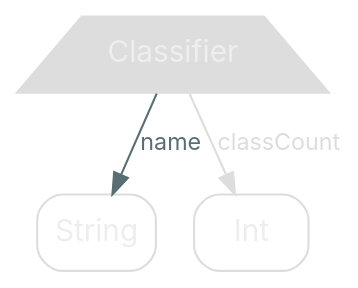
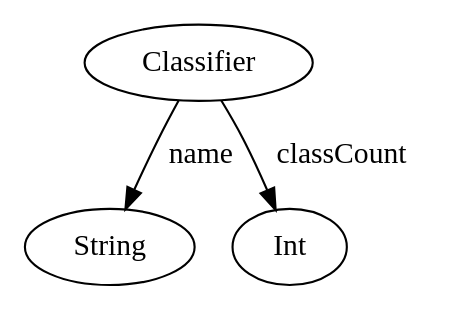
The diagram in src/graphviz/classifier-2.dot (nrinaudo/optics-from-the-ground-up), drawn with Graphviz before and after one commit. The commit also changed 24 other files, not shown here.

Commit message:
Rework diagrams to use stylesheets

```diff
--- a/src/graphviz/classifier-2.dot
+++ b/src/graphviz/classifier-2.dot
@@ -1,17 +1,8 @@
 digraph {
-    bgcolor=transparent
-
-    // Default theme
-    node[shape="rectangle" style="rounded,filled" color="#586E75" fillcolor="#ffffff" fontcolor="#586E75" fontname="Inter,Arial"]
-    edge[color="#586E75" fontcolor="#586E75" fontname="Inter,Arial" fontsize=11]
-
-    // product types
-    classifier[shape=trapezium style=filled fillcolor="#dddddd" color="#dddddd" fontcolor="#eeeeee"]
-
-    classifier[label=Classifier color="#dddddd" fontcolor="#eeeeee"]
-    classifier_name[label=String shape=box color="#dddddd" fontcolor="#eeeeee"]
-    classifier_classCount[label=Int shape=box color="#dddddd" fontcolor="#eeeeee"]
+    classifier[label=Classifier class="product,disabled"]
+    classifier_name[label=String class="disabled"]
+    classifier_classCount[label=Int class="disabled"]
 
     classifier -> classifier_name[label=name]
-    classifier -> classifier_classCount[label=classCount color="#dddddd" fontcolor="#dddddd"]
+    classifier -> classifier_classCount[label=classCount class="disabled"]
 }
```
